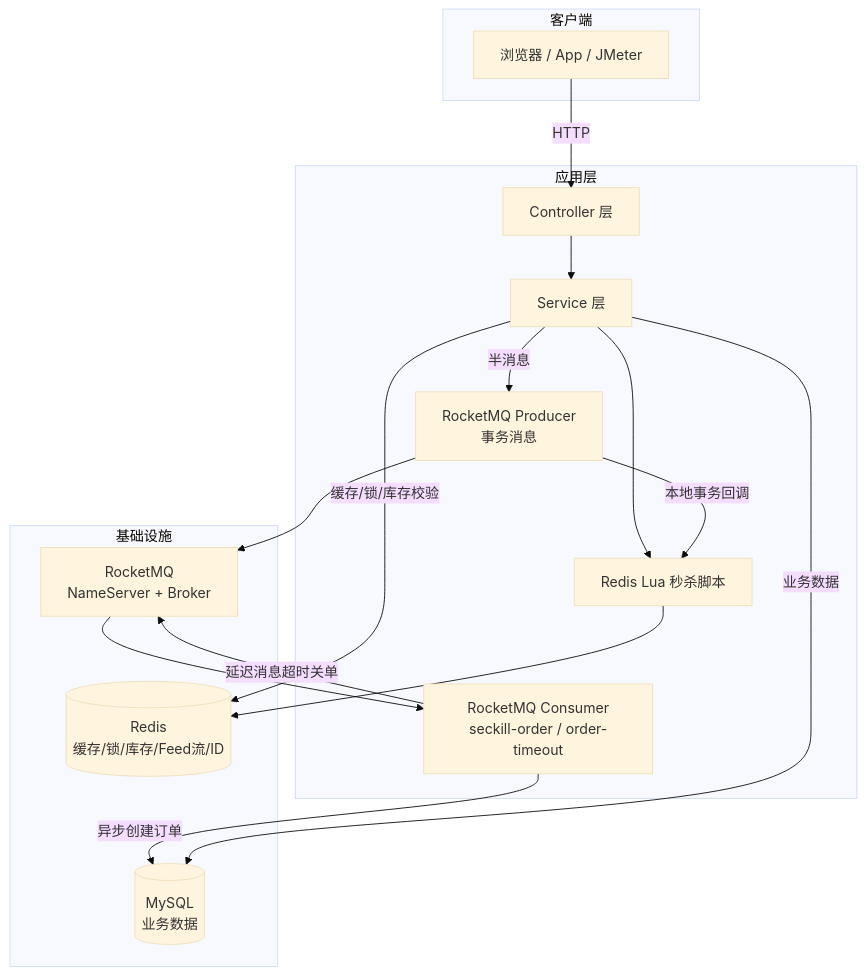
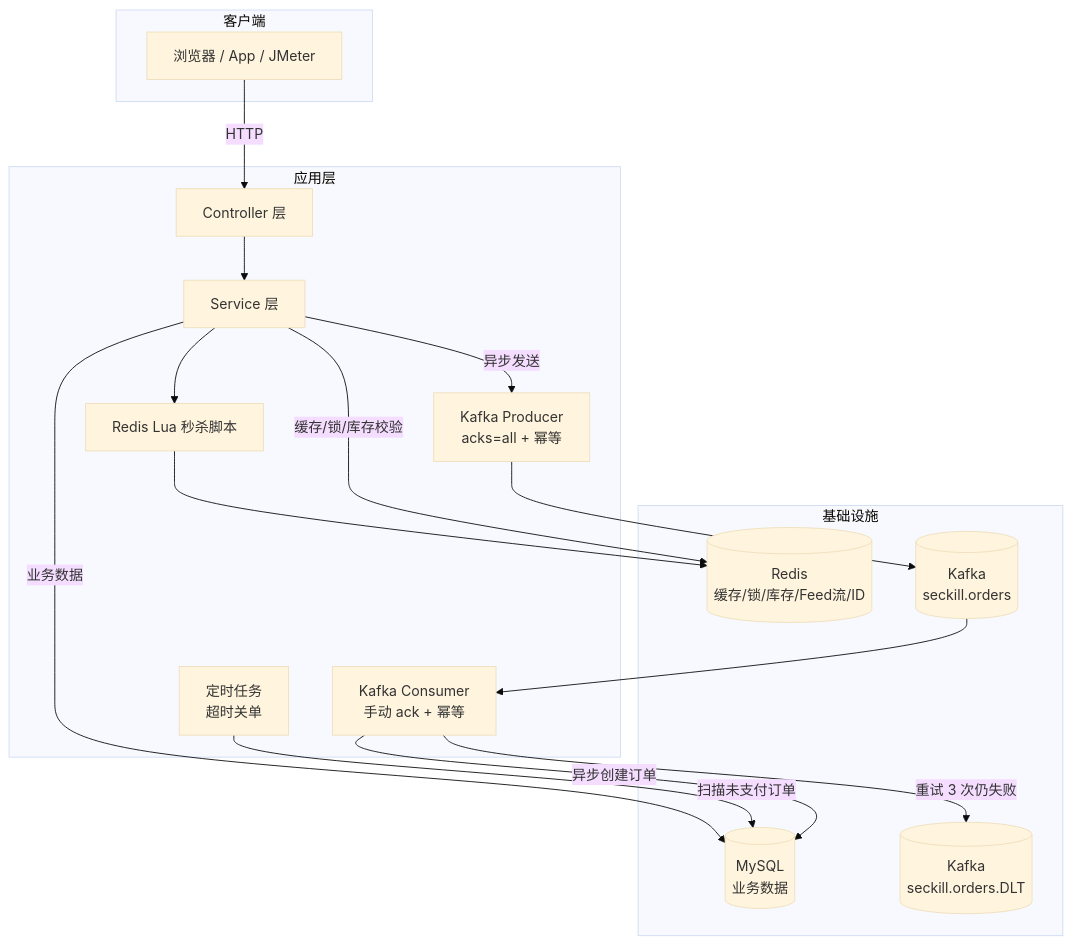
One commit to TokaiTeio666/sun_life changed the first of 2 diagrams in README.md. Above: the diagram before and after it, drawn with Mermaid (base theme). The commit also changed other lines of this file and 24 other files, not shown here.

First line of the commit message:
feat(seckill): migrate async order queue from RocketMQ to Kafka

````diff
--- a/README.md
+++ b/README.md
@@ -34,33 +34,35 @@
 ```mermaid
 flowchart TB
     subgraph 客户端
         U[浏览器 / App / JMeter]
     end
 
     subgraph 应用层
         C[Controller 层]
         S[Service 层]
         LUA[Redis Lua 秒杀脚本]
-        MQPROD[RocketMQ Producer<br/>事务消息]
-        MQCONS[RocketMQ Consumer<br/>seckill-order / order-timeout]
+        MQPROD[Kafka Producer<br/>acks=all + 幂等]
+        MQCONS[Kafka Consumer<br/>手动 ack + 幂等]
+        SCHED[定时任务<br/>超时关单]
     end
 
     subgraph 基础设施
         REDIS[(Redis<br/>缓存/锁/库存/Feed流/ID)]
         DB[(MySQL<br/>业务数据)]
-        MQ[RocketMQ<br/>NameServer + Broker]
+        MQ[(Kafka<br/>seckill.orders)]
+        DLT[(Kafka<br/>seckill.orders.DLT)]
     end
 
     U -->|HTTP| C
     C --> S
     S -->|缓存/锁/库存校验| REDIS
     S --> LUA
     LUA --> REDIS
-    S -->|半消息| MQPROD
+    S -->|异步发送| MQPROD
     MQPROD --> MQ
-    MQPROD -->|本地事务回调| LUA
     MQ --> MQCONS
     MQCONS -->|异步创建订单| DB
-    MQCONS -->|延迟消息超时关单| MQ
+    MQCONS -->|重试 3 次仍失败| DLT
+    SCHED -->|扫描未支付订单| DB
     S -->|业务数据| DB
 ```
````
